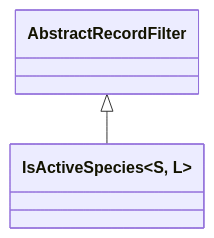
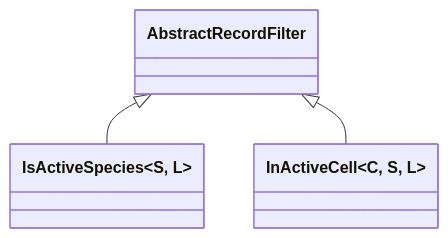
Diagram 18 of 28 in data/architecture.md (EcoJulia/EcoSISTEM.jl), drawn with Mermaid before and after one commit. The commit also changed other lines of this file and 7 other files, not shown here.

Commit message:
Add `InActiveCell(area / habitat)` for `filter!` and `filter`, keeping the rows whose latitude and longitude lie in an active cell, or within `snap` (a ground distance) of one

````diff
--- a/data/architecture.md
+++ b/data/architecture.md
@@ -987,6 +987,8 @@
 ```mermaid
 classDiagram
     class AbstractRecordFilter
     class IsActiveSpecies~S, L~
+    class InActiveCell~C, S, L~
     AbstractRecordFilter <|-- IsActiveSpecies
+    AbstractRecordFilter <|-- InActiveCell
 ```
````
